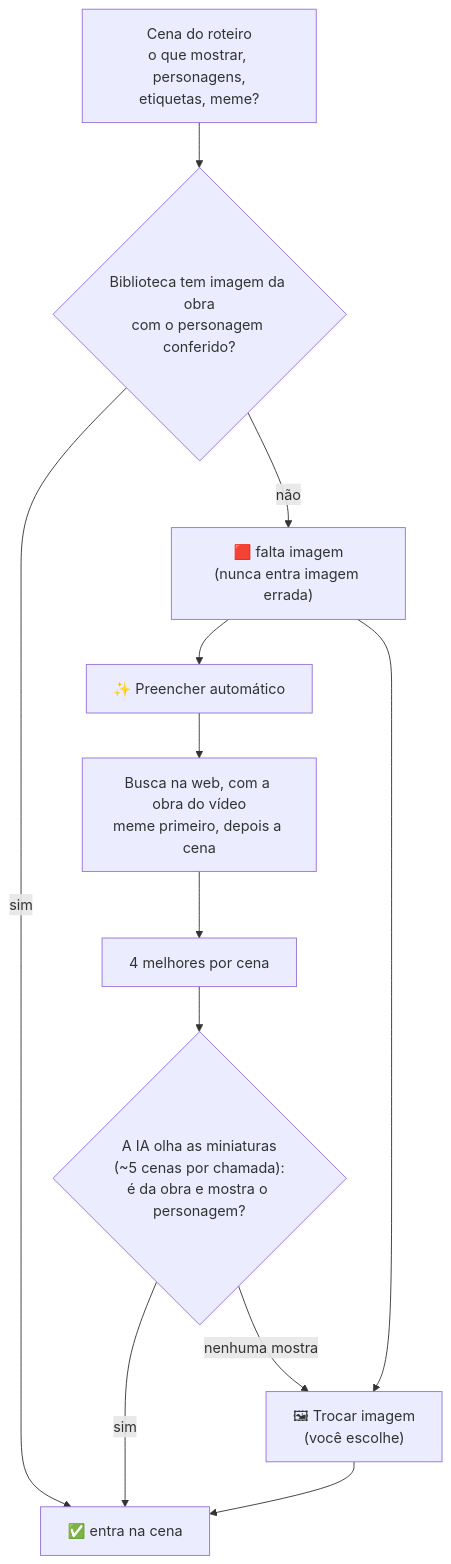
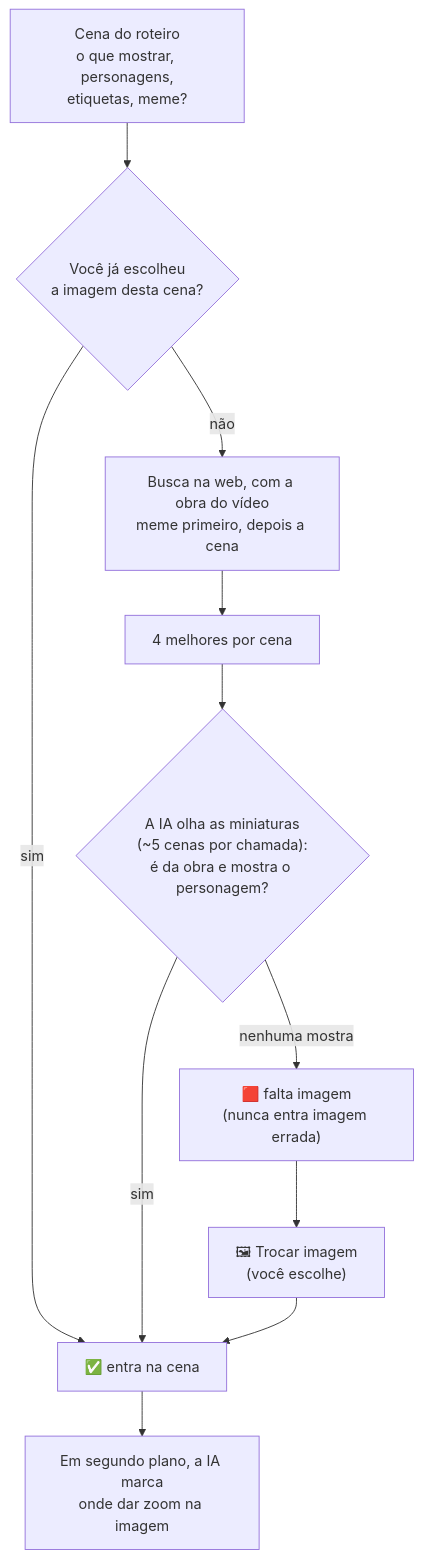
The diagram in docs/diagramas/09-montagem-e-imagens.mmd (Edugiyuu/InstaSearch), drawn with Mermaid before and after one commit. The commit also changed 19 other files, not shown here.

First line of the commit message:
refactor: imagens só da web, sem a biblioteca de imagens (ADR 0022)

```diff
--- a/docs/diagramas/09-montagem-e-imagens.mmd
+++ b/docs/diagramas/09-montagem-e-imagens.mmd
@@ -1,12 +1,11 @@
 flowchart TD
-    B["Cena do roteiro<br/>o que mostrar, personagens,<br/>etiquetas, meme?"] --> L{"Biblioteca tem imagem da obra<br/>com o personagem conferido?"}
-    L -- "sim" --> OK["✅ entra na cena"]
-    L -- "não" --> MISS["🟥 falta imagem<br/>(nunca entra imagem errada)"]
-    MISS --> AUTO["✨ Preencher automático"]
-    MISS --> HAND["🖼 Trocar imagem<br/>(você escolhe)"]
-    AUTO --> SRCH["Busca na web, com a obra do vídeo<br/>meme primeiro, depois a cena"]
+    B["Cena do roteiro<br/>o que mostrar, personagens,<br/>etiquetas, meme?"] --> LOCK{"Você já escolheu<br/>a imagem desta cena?"}
+    LOCK -- "sim" --> OK["✅ entra na cena"]
+    LOCK -- "não" --> SRCH["Busca na web, com a obra do vídeo<br/>meme primeiro, depois a cena"]
     SRCH --> TOP["4 melhores por cena"]
     TOP --> VIS{"A IA olha as miniaturas<br/>(~5 cenas por chamada):<br/>é da obra e mostra o personagem?"}
     VIS -- "sim" --> OK
-    VIS -- "nenhuma mostra" --> HAND
+    VIS -- "nenhuma mostra" --> MISS["🟥 falta imagem<br/>(nunca entra imagem errada)"]
+    MISS --> HAND["🖼 Trocar imagem<br/>(você escolhe)"]
     HAND --> OK
+    OK --> ZOOM["Em segundo plano, a IA marca<br/>onde dar zoom na imagem"]
```
